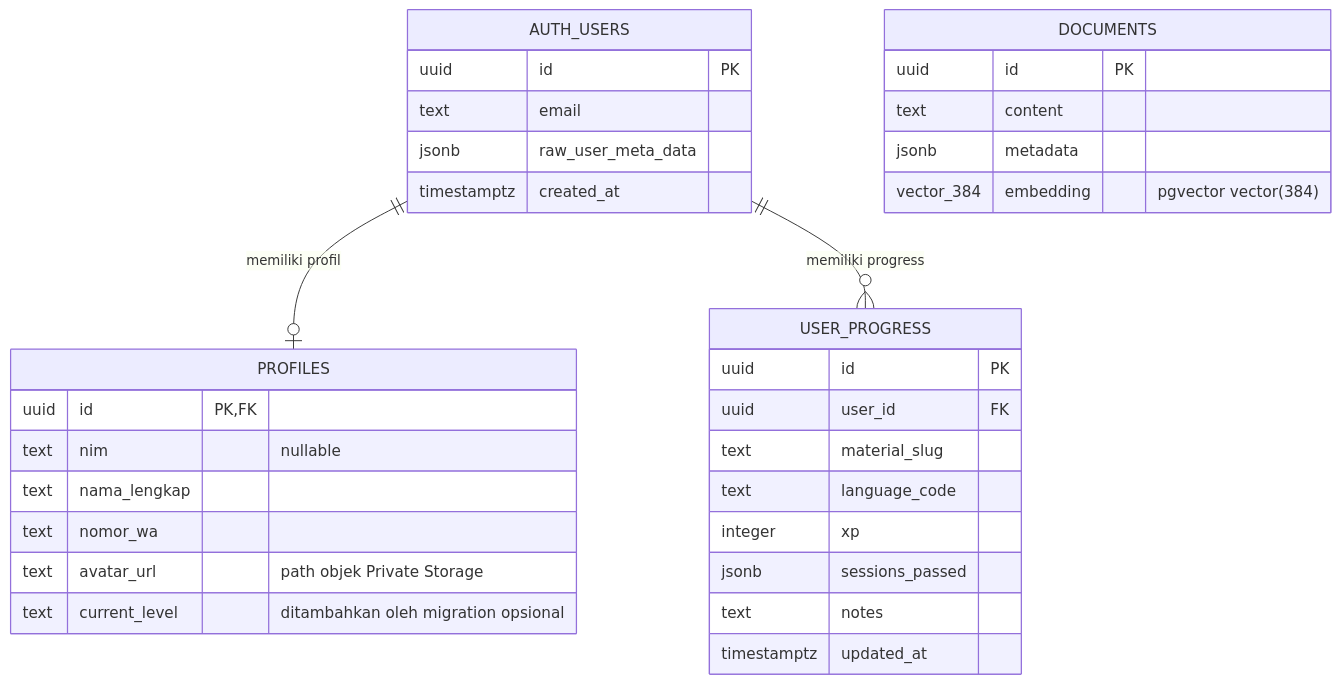
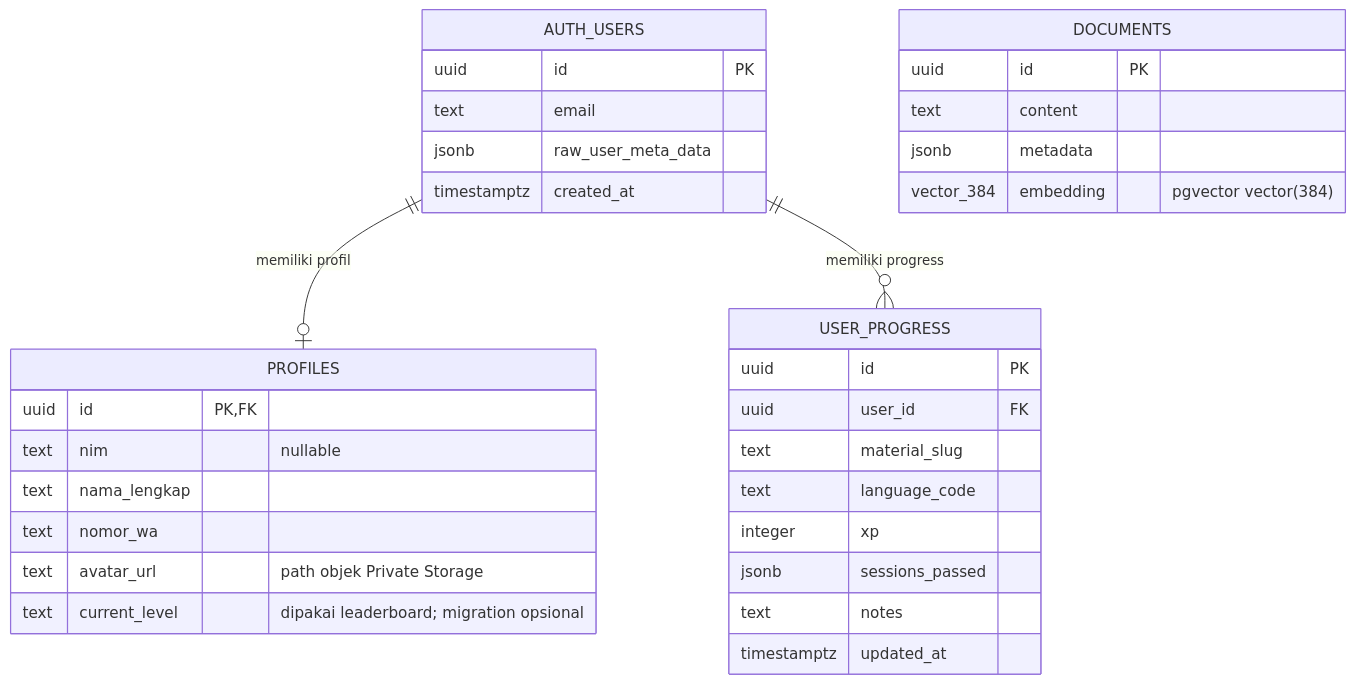
One commit to nandayudhistirawibowo/NdUniverse changed the diagram in ERD.md. Above: the diagram before and after it, drawn with Mermaid. The commit also changed other lines of this file and 11 other files, not shown here.

````diff
--- a/ERD.md
+++ b/ERD.md
@@ -7,39 +7,39 @@
 ```mermaid
 erDiagram
     AUTH_USERS ||--o| PROFILES : "memiliki profil"
     AUTH_USERS ||--o{ USER_PROGRESS : "memiliki progress"
 
     AUTH_USERS {
         uuid id PK
         text email
         jsonb raw_user_meta_data
         timestamptz created_at
     }
 
     PROFILES {
         uuid id PK, FK
         text nim "nullable"
         text nama_lengkap
         text nomor_wa
         text avatar_url "path objek Private Storage"
-        text current_level "ditambahkan oleh migration opsional"
+        text current_level "dipakai leaderboard; migration opsional"
     }
 
     USER_PROGRESS {
         uuid id PK
         uuid user_id FK
         text material_slug
         text language_code
         integer xp
         jsonb sessions_passed
         text notes
         timestamptz updated_at
     }
 
     DOCUMENTS {
         uuid id PK
         text content
         jsonb metadata
         vector_384 embedding "pgvector vector(384)"
     }
 ```
````
